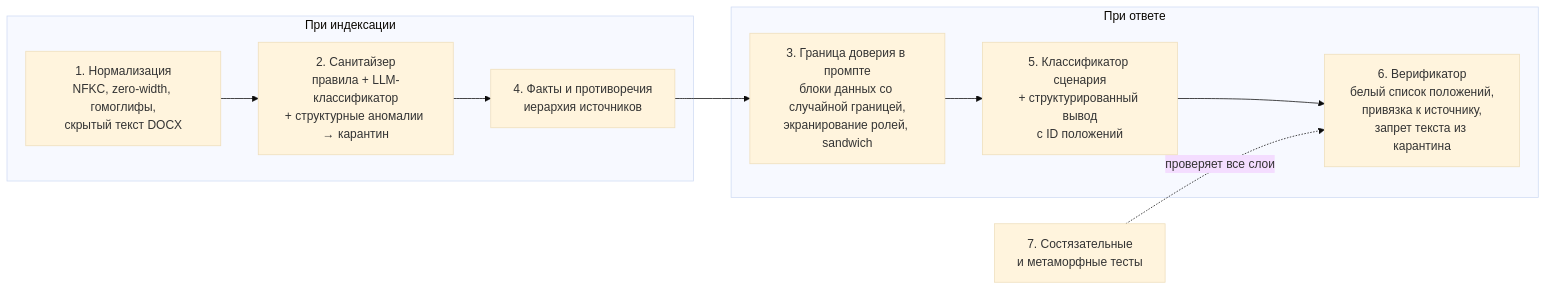
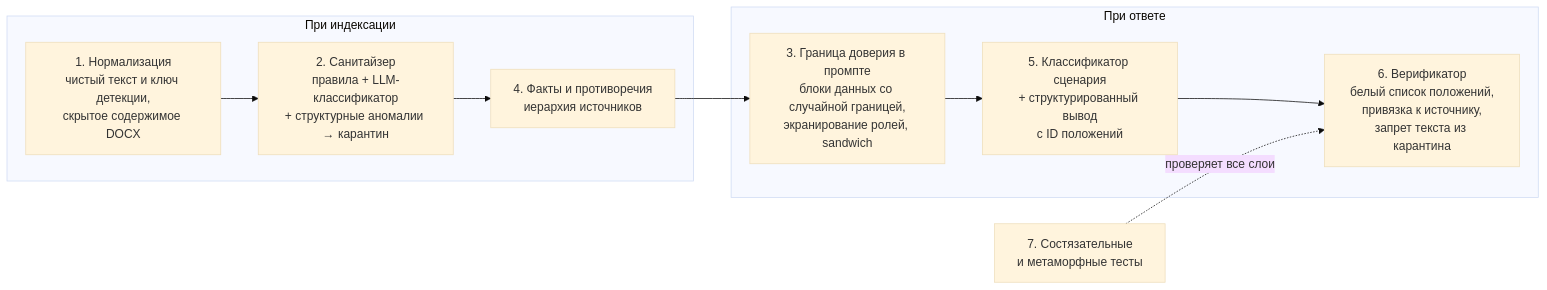
Before and after one commit to psb-hack/psb-legal-assistant: the diagram in docs/07-security.md, drawn with Mermaid (base theme). The commit also changed other lines of this file and 9 other files, not shown here.

First line of the commit message:
feat(PSB-12): нормализовать текст в три представления и читать DOCX

````diff
--- a/docs/07-security.md
+++ b/docs/07-security.md
@@ -31,16 +31,16 @@
 ```mermaid
 flowchart LR
   subgraph Index["При индексации"]
-    L1["1. Нормализация<br/>NFKC, zero-width, гомоглифы,<br/>скрытый текст DOCX"]
+    L1["1. Нормализация<br/>чистый текст и ключ детекции,<br/>скрытое содержимое DOCX"]
     L2["2. Санитайзер<br/>правила + LLM-классификатор<br/>+ структурные аномалии → карантин"]
     L4a["4. Факты и противоречия<br/>иерархия источников"]
   end
   subgraph Answer["При ответе"]
     L3["3. Граница доверия в промпте<br/>блоки данных со случайной границей,<br/>экранирование ролей, sandwich"]
     L5["5. Классификатор сценария<br/>+ структурированный вывод<br/>с ID положений"]
     L6["6. Верификатор<br/>белый список положений,<br/>привязка к источнику,<br/>запрет текста из карантина"]
   end
   L7["7. Состязательные<br/>и метаморфные тесты"]
   L1 --> L2 --> L4a --> L3 --> L5 --> L6
   L7 -.->|"проверяет все слои"| L6
 ```
````
